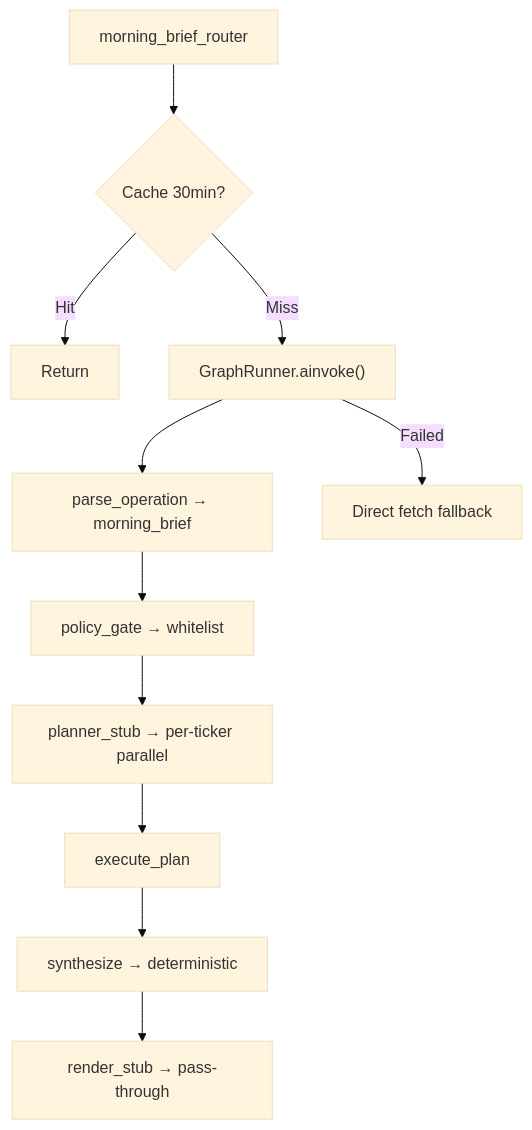
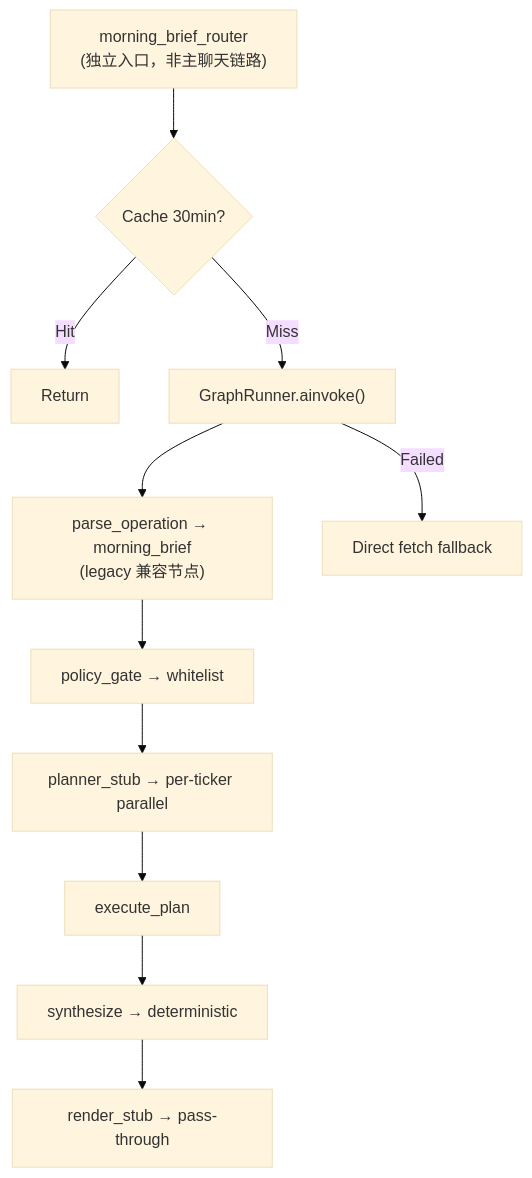
Before and after one commit to kkkano/FinSight: the ninth of 10 diagrams in docs/01_ARCHITECTURE.md, drawn with Mermaid (base theme). The commit also changed other lines of this file and 1 other file, not shown here.

Commit message:
docs: clarify legacy morning_brief path and current test reference
- Mark morning_brief Graph route as independent from main chat
  prepare_context -> understand_request path; tag parse_operation
  as a legacy compat node in the diagram
- Promote test_understand_request.py as the primary review target
  and demote test_resolve_subject_selection_priority.py to legacy
  compat regression

````diff
--- a/docs/01_ARCHITECTURE.md
+++ b/docs/01_ARCHITECTURE.md
@@ -299,13 +299,13 @@
 ```mermaid
 flowchart TD
-    ROUTER["morning_brief_router"] --> CACHE{"Cache 30min?"}
+    ROUTER["morning_brief_router<br/>(独立入口，非主聊天链路)"] --> CACHE{"Cache 30min?"}
     CACHE -->|Hit| RET[Return]
     CACHE -->|Miss| GP["GraphRunner.ainvoke()"]
-    GP --> PARSE["parse_operation → morning_brief"]
+    GP --> PARSE["parse_operation → morning_brief<br/>(legacy 兼容节点)"]
     PARSE --> POLICY["policy_gate → whitelist"]
     POLICY --> PLAN["planner_stub → per-ticker parallel"]
     PLAN --> EXEC["execute_plan"]
     EXEC --> SYNTH["synthesize → deterministic"]
     SYNTH --> RENDER["render_stub → pass-through"]
     GP -->|Failed| FALLBACK["Direct fetch fallback"]
 ```
````
